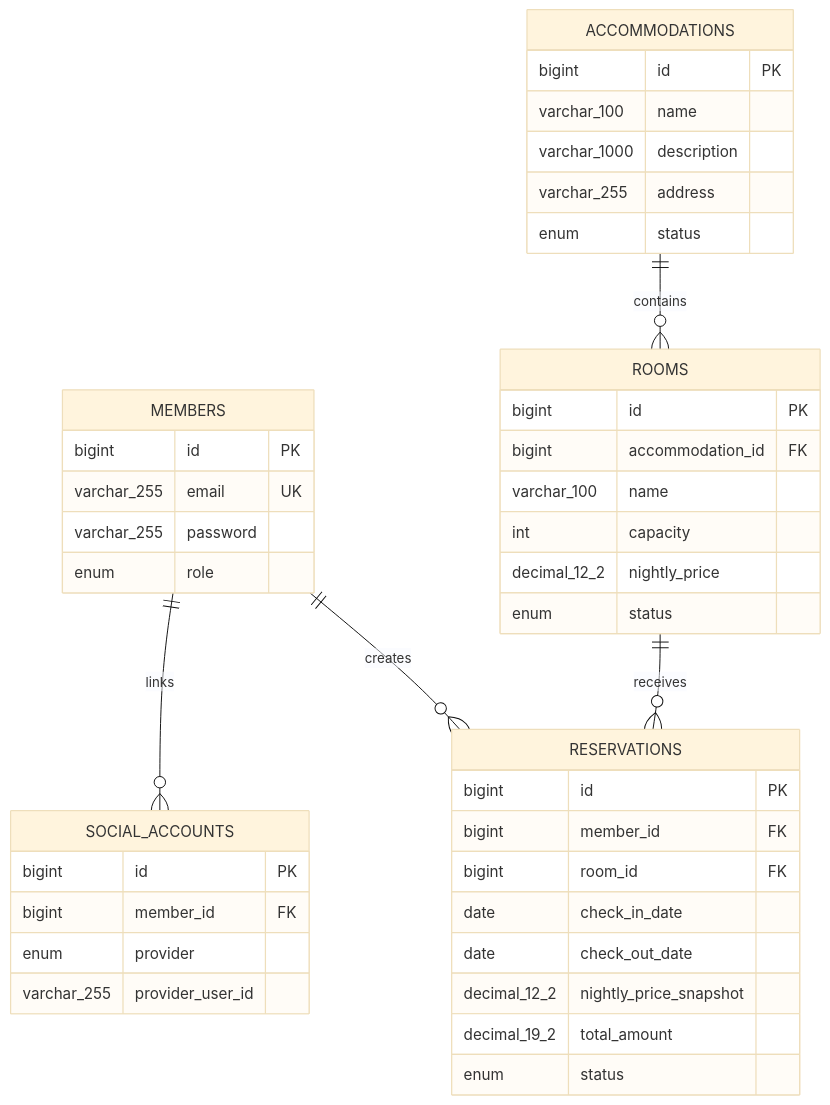
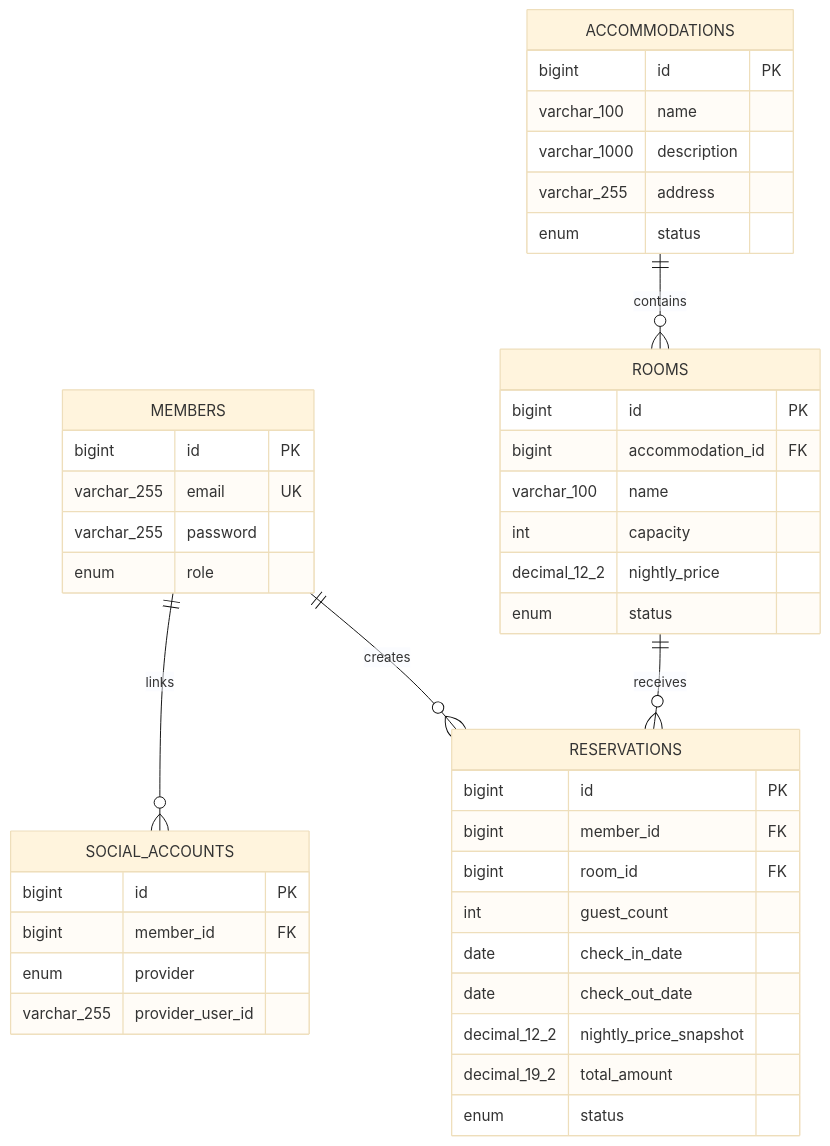
Before and after one commit to K4RF/reservation-platform: the diagram in docs/erd/database-schema.md, drawn with Mermaid (base theme). The commit also changed other lines of this file and 4 other files, not shown here.

Commit message:
[docs] #59 - 예약 인원 API 및 Database Schema 문서화

````diff
--- a/docs/erd/database-schema.md
+++ b/docs/erd/database-schema.md
@@ -9,49 +9,50 @@
 ```mermaid
 erDiagram
     MEMBERS ||--o{ SOCIAL_ACCOUNTS : links
     MEMBERS ||--o{ RESERVATIONS : creates
     ACCOMMODATIONS ||--o{ ROOMS : contains
     ROOMS ||--o{ RESERVATIONS : receives
 
     MEMBERS {
         bigint id PK
         varchar_255 email UK
         varchar_255 password
         enum role
     }
 
     SOCIAL_ACCOUNTS {
         bigint id PK
         bigint member_id FK
         enum provider
         varchar_255 provider_user_id
     }
 
     ACCOMMODATIONS {
         bigint id PK
         varchar_100 name
         varchar_1000 description
         varchar_255 address
         enum status
     }
 
     ROOMS {
         bigint id PK
         bigint accommodation_id FK
         varchar_100 name
         int capacity
         decimal_12_2 nightly_price
         enum status
     }
 
     RESERVATIONS {
         bigint id PK
         bigint member_id FK
         bigint room_id FK
+        int guest_count
         date check_in_date
         date check_out_date
         decimal_12_2 nightly_price_snapshot
         decimal_19_2 total_amount
         enum status
     }
 ```
````
